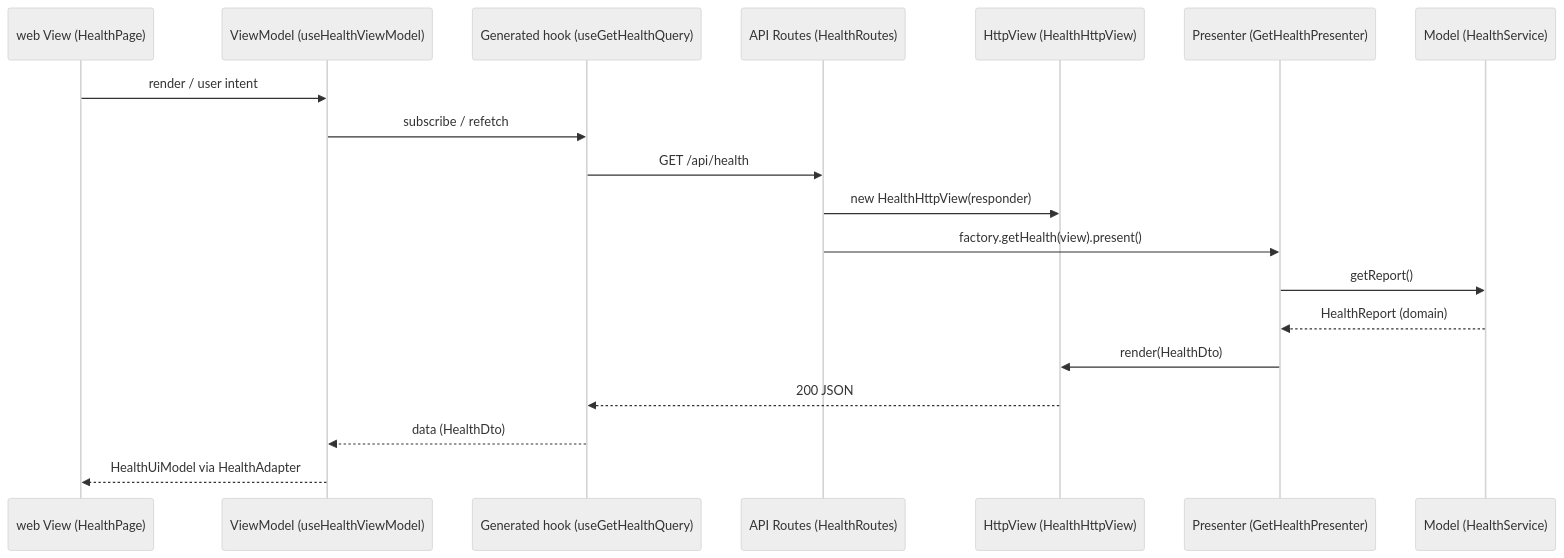
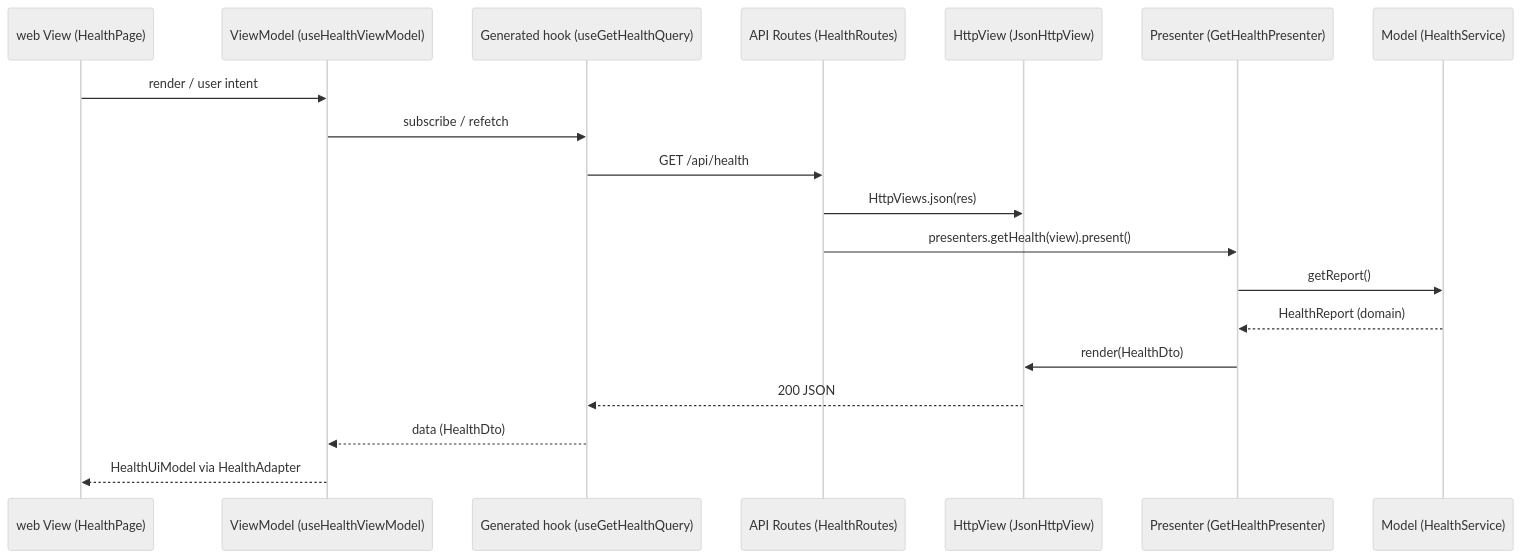
Before and after one commit to Org-Mentora/mentora-diploma: the third of 3 diagrams in docs/architecture/overview.md, drawn with Mermaid (neutral theme). The commit also changed 11 other files, not shown here.

Commit message:
docs: update guides, skills and architecture docs for the lighter MVP and MVVM

````diff
--- a/docs/architecture/overview.md
+++ b/docs/architecture/overview.md
@@ -62,21 +62,21 @@
 ```mermaid
 sequenceDiagram
   participant V as web View (HealthPage)
   participant VM as ViewModel (useHealthViewModel)
   participant RTK as Generated hook (useGetHealthQuery)
   participant R as API Routes (HealthRoutes)
-  participant HV as HttpView (HealthHttpView)
+  participant HV as HttpView (JsonHttpView)
   participant P as Presenter (GetHealthPresenter)
   participant M as Model (HealthService)
   V->>VM: render / user intent
   VM->>RTK: subscribe / refetch
   RTK->>R: GET /api/health
-  R->>HV: new HealthHttpView(responder)
-  R->>P: factory.getHealth(view).present()
+  R->>HV: HttpViews.json(res)
+  R->>P: presenters.getHealth(view).present()
   P->>M: getReport()
   M-->>P: HealthReport (domain)
   P->>HV: render(HealthDto)
   HV-->>RTK: 200 JSON
   RTK-->>VM: data (HealthDto)
   VM-->>V: HealthUiModel via HealthAdapter
 ```
````
